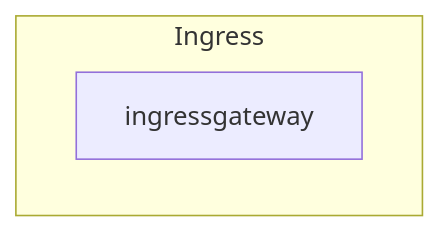
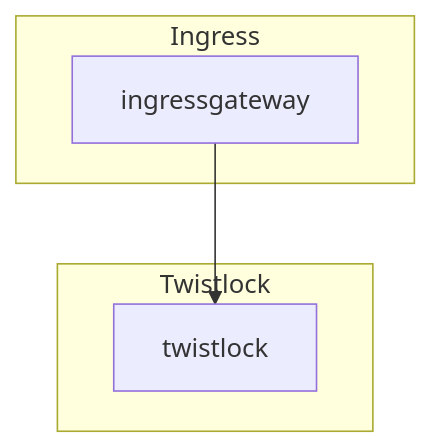
Before and after one commit to rjferguson21/big-bang: the diagram in charter/packages/twistlock/Architecture.md, drawn with Mermaid.

Commit message:
document eck architecture

````diff
--- a/charter/packages/twistlock/Architecture.md
+++ b/charter/packages/twistlock/Architecture.md
@@ -13,6 +13,9 @@
 ```mermaid
 graph TB
   subgraph "Ingress"
     ingressgateway
   end
+subgraph "Twistlock"
+    ingressgateway --> twistlock
+  end      
 ```
````
